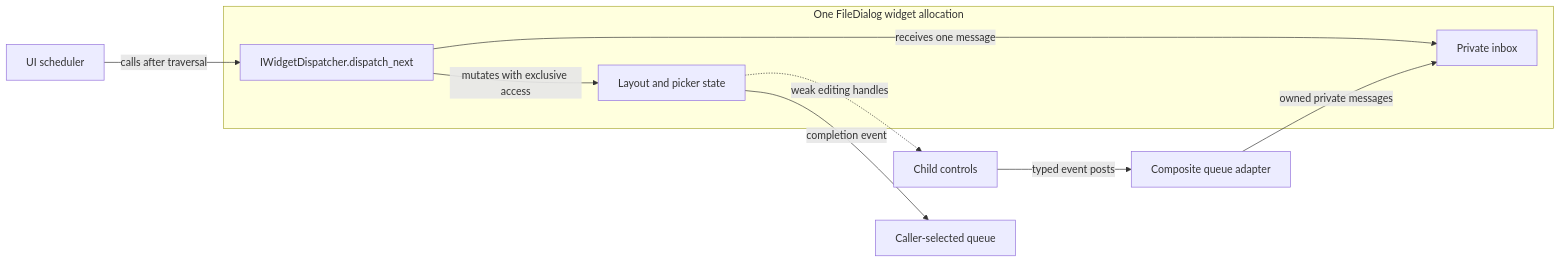
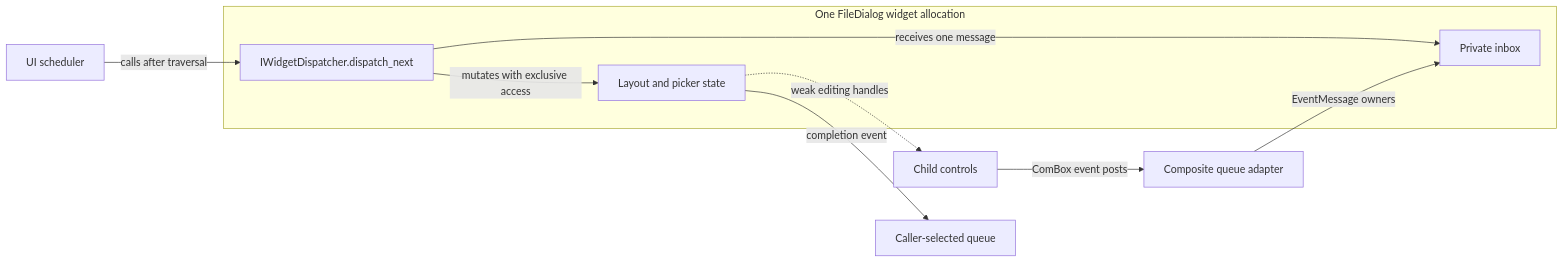
The third of 4 diagrams in docs/architecture/WIDGET_EVENT_MODEL.md (NeoCogi/neocogi-ui), drawn with Mermaid before and after one commit. The commit also changed other lines of this file and 77 other files, not shown here.

````diff
--- a/docs/architecture/WIDGET_EVENT_MODEL.md
+++ b/docs/architecture/WIDGET_EVENT_MODEL.md
@@ -140,15 +139,15 @@
 ```mermaid
 flowchart LR
-    C["Child controls"] -->|typed event posts| Q["Composite queue adapter"]
-    Q -->|owned private messages| I["Private inbox"]
+    C["Child controls"] -->|ComBox event posts| Q["Composite queue adapter"]
+    Q -->|EventMessage owners| I["Private inbox"]
     subgraph F["One FileDialog widget allocation"]
         I
         S["Layout and picker state"]
         D["IWidgetDispatcher.dispatch_next"]
         D -->|receives one message| I
         D -->|mutates with exclusive access| S
     end
     R["UI scheduler"] -->|calls after traversal| D
     S -.->|weak editing handles| C
     S -->|completion event| P["Caller-selected queue"]
 ```
````
